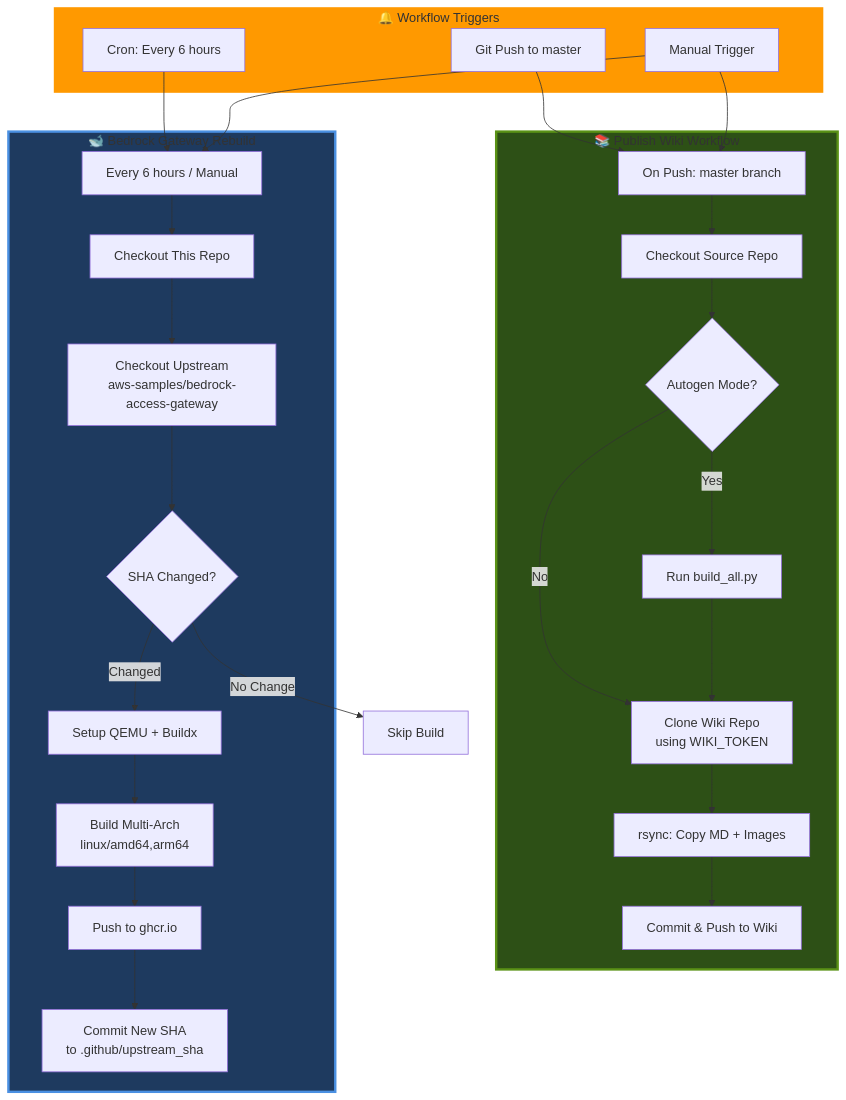
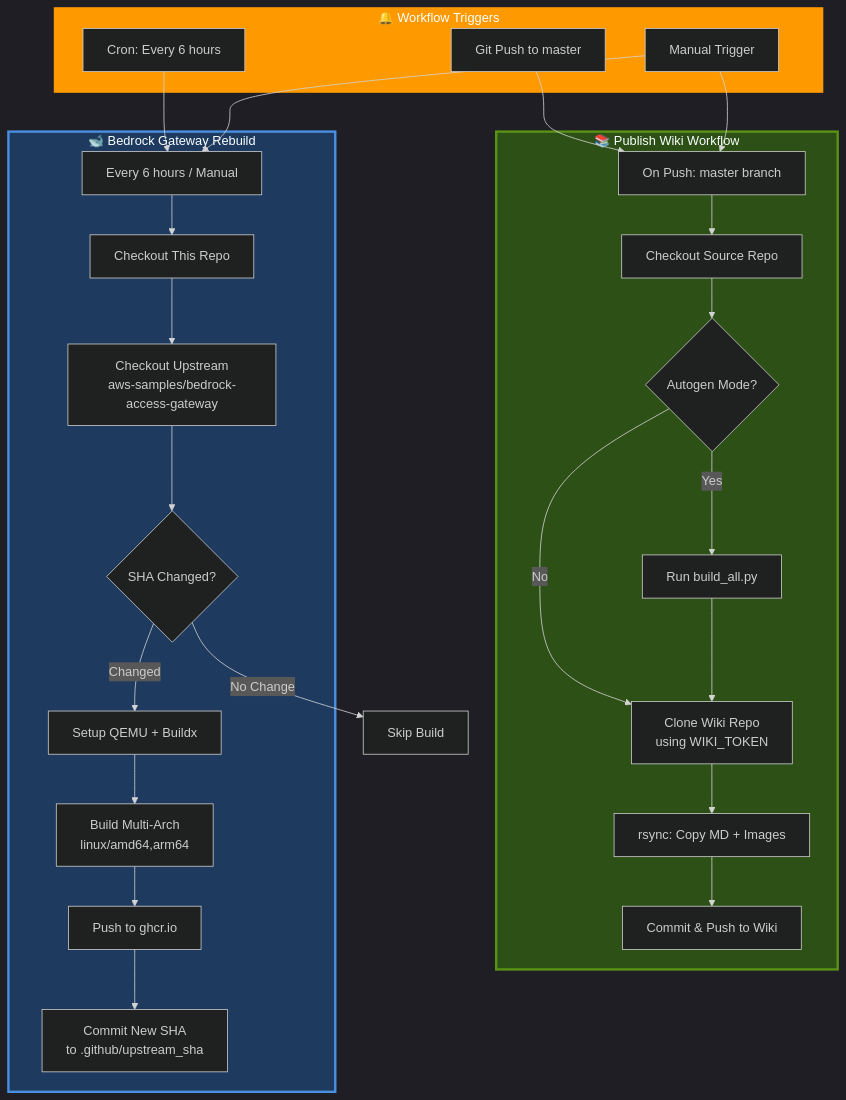
One commit to seadogger-tech/seadogger-homelab changed the first of 4 diagrams in docs/wiki/15-CI-CD-and-GitHub-Actions.md. Above: the diagram before and after it, drawn with Mermaid. The commit also changed other lines of this file and 1 other file, not shown here.

First line of the commit message:
Force dark theme for all Mermaid diagrams with dark background

````diff
--- a/docs/wiki/15-CI-CD-and-GitHub-Actions.md
+++ b/docs/wiki/15-CI-CD-and-GitHub-Actions.md
@@ -10,55 +10,56 @@
 ```mermaid
+%%{init: {'theme':'dark','themeVariables': {'darkMode':'true'}}}%%
 graph TB
     subgraph Triggers["🔔 Workflow Triggers"]
         Push[Git Push to master]
         Schedule[Cron: Every 6 hours]
         Manual[Manual Trigger]
     end
 
     subgraph WikiFlow["📚 Publish Wiki Workflow"]
         WikiTrigger[On Push: master branch]
         Checkout1[Checkout Source Repo]
         BuildCheck{Autogen Mode?}
         BuildScript[Run build_all.py]
         CloneWiki[Clone Wiki Repo<br/>using WIKI_TOKEN]
         Rsync[rsync: Copy MD + Images]
         CommitWiki[Commit & Push to Wiki]
     end
 
     subgraph BedrockFlow["🐋 Bedrock Gateway Rebuild"]
         BedrockTrigger[Every 6 hours / Manual]
         Checkout2[Checkout This Repo]
         CheckUpstream[Checkout Upstream<br/>aws-samples/bedrock-access-gateway]
         CompareSSHA{SHA Changed?}
         SetupBuildx[Setup QEMU + Buildx]
         BuildPush[Build Multi-Arch<br/>linux/amd64,arm64]
         PushGHCR[Push to ghcr.io]
         UpdateSHA[Commit New SHA<br/>to .github/upstream_sha]
     end
 
     Push --> WikiTrigger
     Manual --> WikiTrigger
     Schedule --> BedrockTrigger
     Manual --> BedrockTrigger
 
     WikiTrigger --> Checkout1
     Checkout1 --> BuildCheck
     BuildCheck -->|Yes| BuildScript
     BuildCheck -->|No| CloneWiki
     BuildScript --> CloneWiki
     CloneWiki --> Rsync
     Rsync --> CommitWiki
 
     BedrockTrigger --> Checkout2
     Checkout2 --> CheckUpstream
     CheckUpstream --> CompareSSHA
     CompareSSHA -->|Changed| SetupBuildx
     CompareSSHA -->|No Change| End1[Skip Build]
     SetupBuildx --> BuildPush
     BuildPush --> PushGHCR
     PushGHCR --> UpdateSHA
 
     style WikiFlow fill:#2d5016,stroke:#5a9216,stroke-width:3px
     style BedrockFlow fill:#1e3a5f,stroke:#4a90e2,stroke-width:3px
     style Triggers fill:#ff9900,stroke:#ff9900,stroke-width:3px
 ```
````
